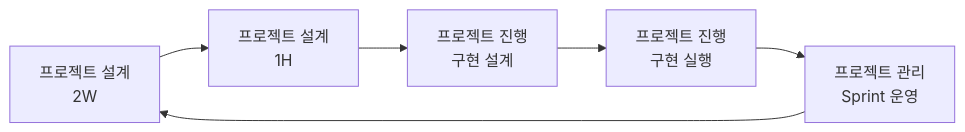
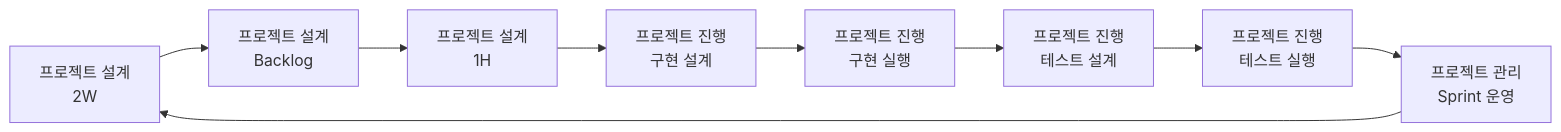
The diagram in .codex/skills/agile-loop-1h/references/philosophy.md (JuJin1324/problem-solving-skills), drawn with Mermaid before and after one commit. The commit also changed other lines of this file and 12 other files, not shown here.

````diff
--- a/.codex/skills/agile-loop-1h/references/philosophy.md
+++ b/.codex/skills/agile-loop-1h/references/philosophy.md
@@ -4,8 +4,11 @@
 ```mermaid
 flowchart LR
-  A[프로젝트 설계<br/>2W] --> B[프로젝트 설계<br/>1H]
-  B --> C[프로젝트 진행<br/>구현 설계]
-  C --> D[프로젝트 진행<br/>구현 실행]
-  D --> E[프로젝트 관리<br/>Sprint 운영]
-  E --> A
+  A[프로젝트 설계<br/>2W] --> B[프로젝트 설계<br/>Backlog]
+  B --> C[프로젝트 설계<br/>1H]
+  C --> D[프로젝트 진행<br/>구현 설계]
+  D --> E[프로젝트 진행<br/>구현 실행]
+  E --> F[프로젝트 진행<br/>테스트 설계]
+  F --> G[프로젝트 진행<br/>테스트 실행]
+  G --> H[프로젝트 관리<br/>Sprint 운영]
+  H --> A
 ```
````
